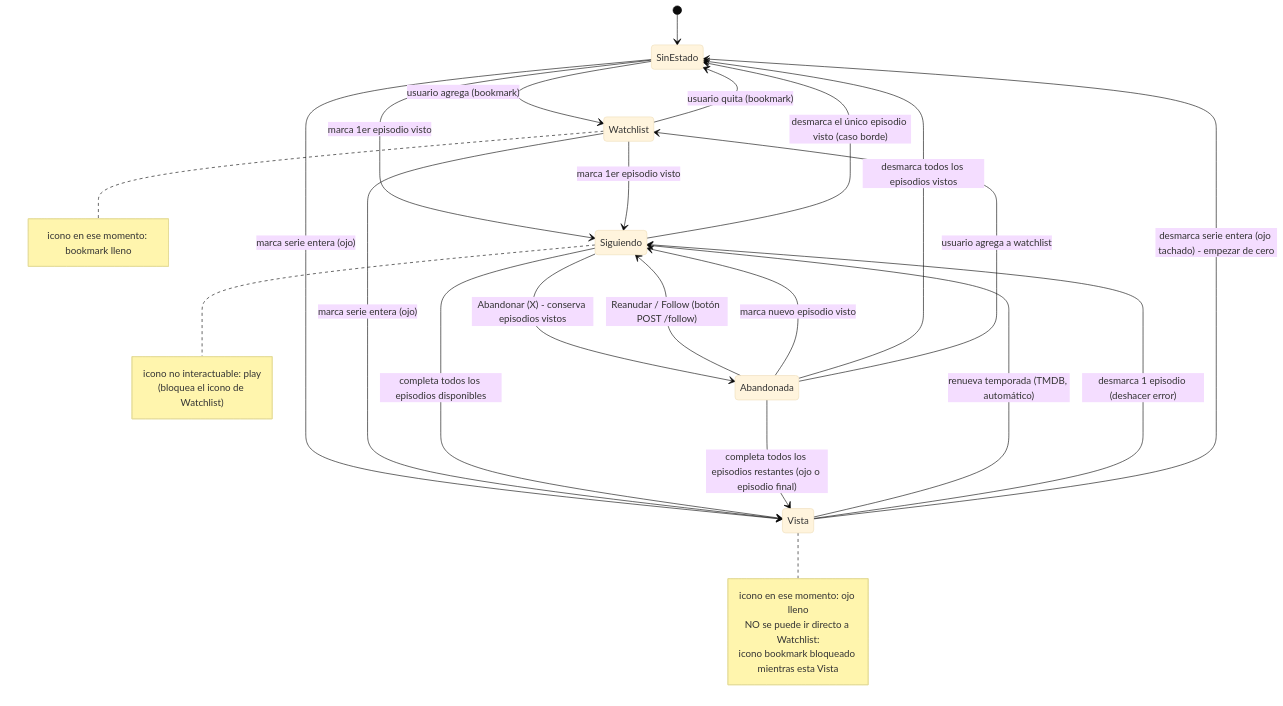
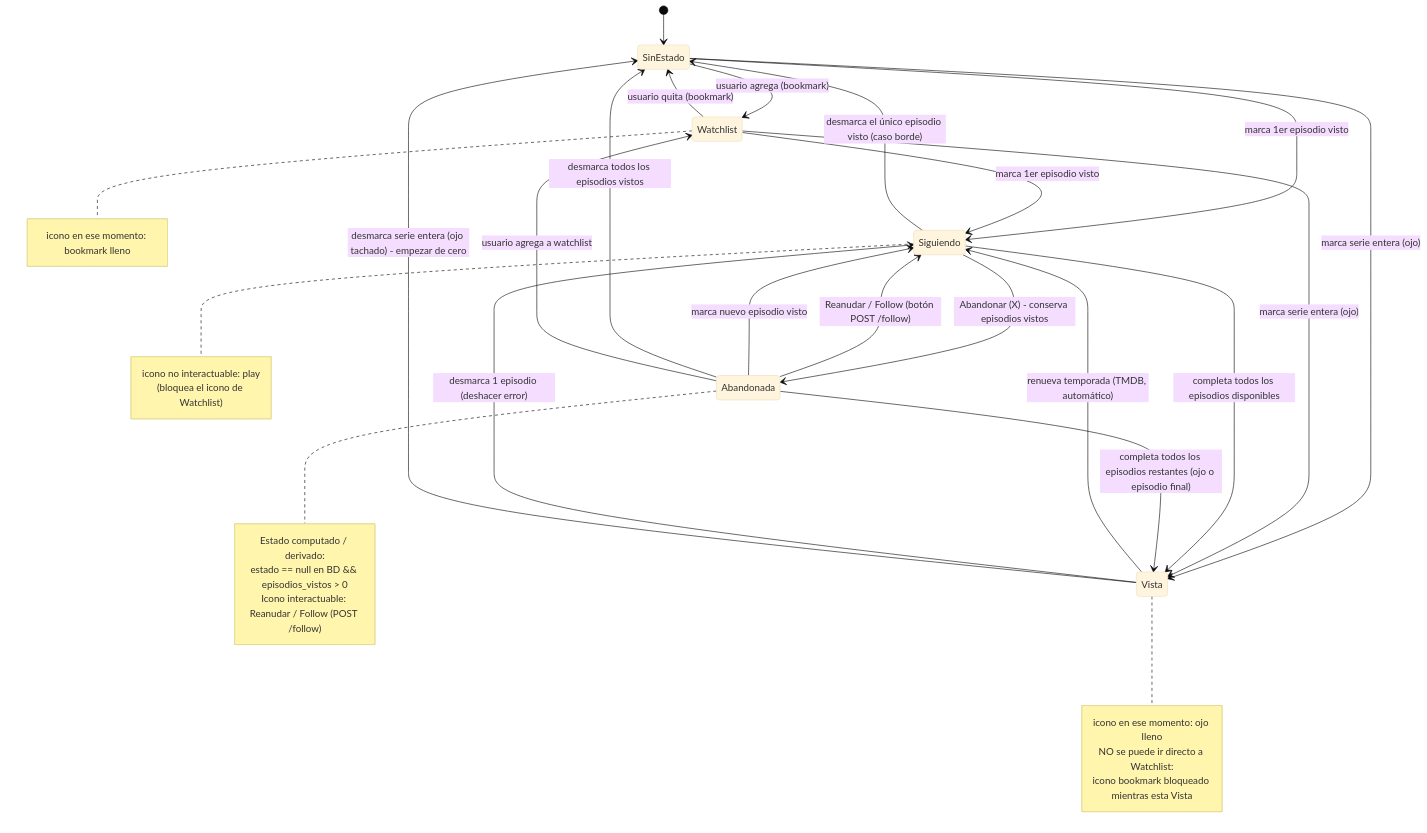
Before and after one commit to damianvc31/CineTrack: the diagram in docs/UML/estados/estados_series.mmd, drawn with Mermaid (base theme). The commit also changed 7 other files, not shown here.

Commit message:
refactor(states): adopt derived abandonada state, add follow endpoint, and update catalog specs

```diff
--- a/docs/UML/estados/estados_series.mmd
+++ b/docs/UML/estados/estados_series.mmd
@@ -1,37 +1,42 @@
 stateDiagram-v2
   [*] --> SinEstado
 
   SinEstado --> Watchlist : usuario agrega (bookmark)
   Watchlist --> SinEstado : usuario quita (bookmark)
   SinEstado --> Siguiendo : marca 1er episodio visto
   SinEstado --> Vista : marca serie entera (ojo)
 
   Watchlist --> Siguiendo : marca 1er episodio visto
   Watchlist --> Vista : marca serie entera (ojo)
 
   Siguiendo --> Vista : completa todos los episodios disponibles
   Siguiendo --> Abandonada : Abandonar (X) - conserva episodios vistos
   Siguiendo --> SinEstado : desmarca el único episodio visto (caso borde)
 
   Abandonada --> Siguiendo : Reanudar / Follow (botón POST /follow)
   Abandonada --> Siguiendo : marca nuevo episodio visto
   Abandonada --> Vista : completa todos los episodios restantes (ojo o episodio final)
   Abandonada --> SinEstado : desmarca todos los episodios vistos
   Abandonada --> Watchlist : usuario agrega a watchlist
 
   Vista --> Siguiendo : renueva temporada (TMDB, automático)
   Vista --> Siguiendo : desmarca 1 episodio (deshacer error)
   Vista --> SinEstado : desmarca serie entera (ojo tachado) - empezar de cero
 
   note right of Watchlist
     icono en ese momento: bookmark lleno
   end note
   note right of Siguiendo
     icono no interactuable: play
     (bloquea el icono de Watchlist)
   end note
   note right of Vista
     icono en ese momento: ojo lleno
     NO se puede ir directo a Watchlist:
     icono bookmark bloqueado mientras esta Vista
   end note
+  note right of Abandonada
+    Estado computado / derivado:
+    estado == null en BD && episodios_vistos > 0
+    Icono interactuable: Reanudar / Follow (POST /follow)
+  end note
```
